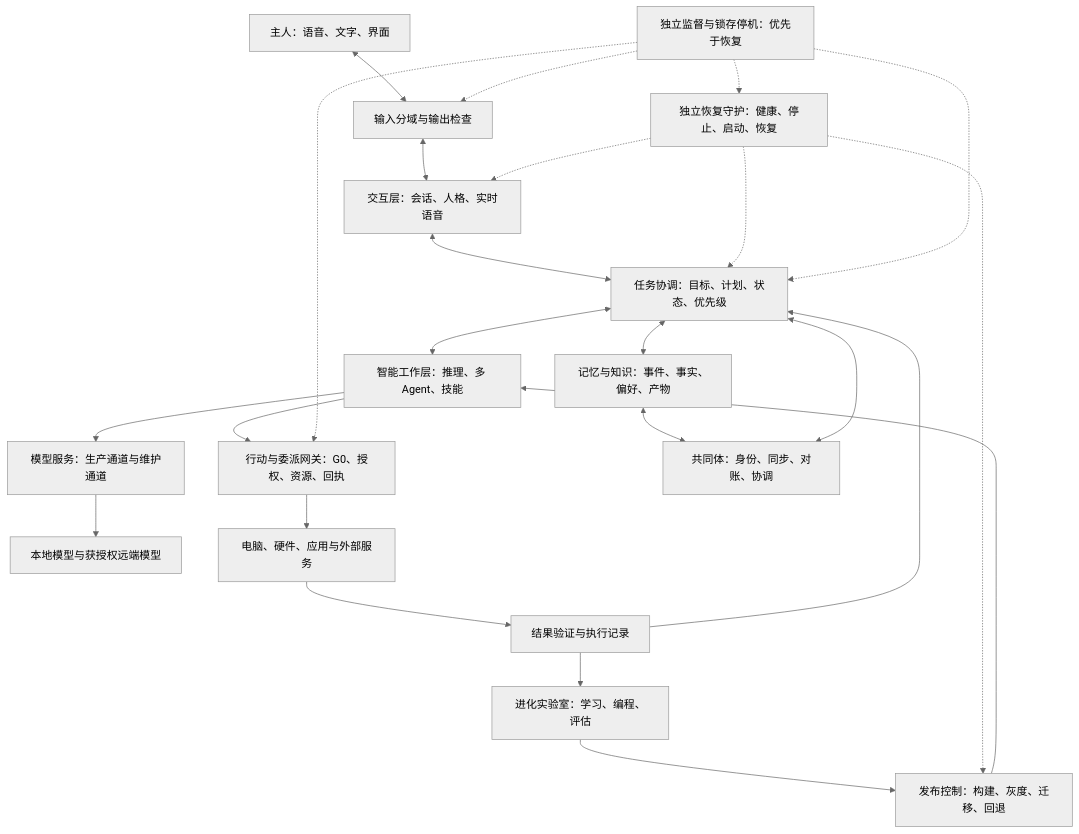
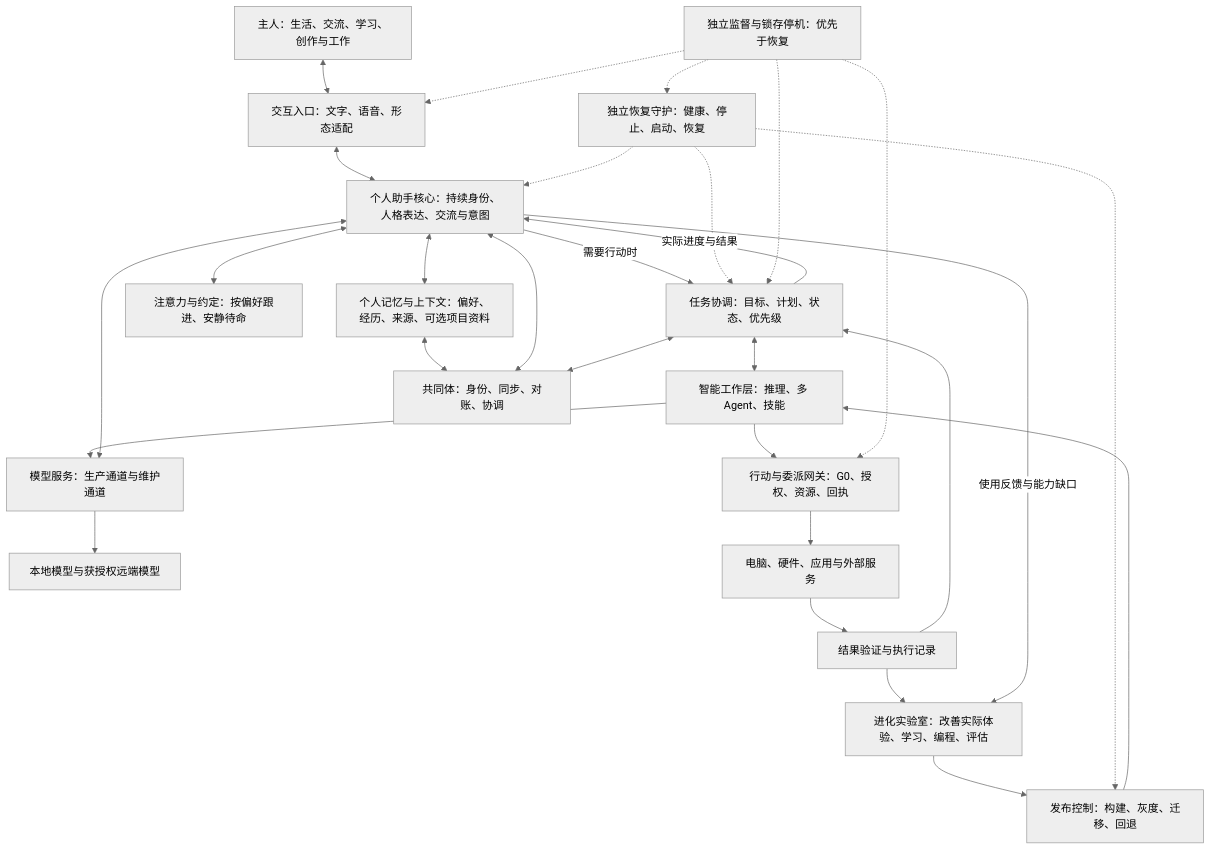
One commit to Samuel521199/JarvisSystem changed the diagram in docs/diagrams/overview.mmd. Above: the diagram before and after it, drawn with Mermaid (neutral theme). The commit also changed 693 other files, not shown here.

```diff
--- a/docs/diagrams/overview.mmd
+++ b/docs/diagrams/overview.mmd
@@ -1,24 +1,29 @@
 flowchart TD
-    U["主人：语音、文字、界面"] <--> Q["输入分域与输出检查"]
-    Q <--> I["交互层：会话、人格、实时语音"]
-    I <--> O["任务协调：目标、计划、状态、优先级"]
-    O <--> M["记忆与知识：事件、事实、偏好、产物"]
+    U["主人：生活、交流、学习、创作与工作"] <--> Q["交互入口：文字、语音、形态适配"]
+    Q <--> I["个人助手核心：持续身份、人格表达、交流与意图"]
+    I <--> M["个人记忆与上下文：偏好、经历、来源、可选项目资料"]
+    I <--> T["注意力与约定：按偏好跟进、安静待命"]
+    I -->|"需要行动时"| O["任务协调：目标、计划、状态、优先级"]
+    O -->|"实际进度与结果"| I
     O <--> A["智能工作层：推理、多 Agent、技能"]
     A --> R["模型服务：生产通道与维护通道"]
+    I <--> R
     R --> L["本地模型与获授权远端模型"]
     A --> G["行动与委派网关：G0、授权、资源、回执"]
     G --> D["电脑、硬件、应用与外部服务"]
     D --> V["结果验证与执行记录"]
     V --> O
     M <--> F["共同体：身份、同步、对账、协调"]
+    I <--> F
     O <--> F
-    V --> E["进化实验室：学习、编程、评估"]
+    V --> E["进化实验室：改善实际体验、学习、编程、评估"]
+    I -->|"使用反馈与能力缺口"| E
     E --> P["发布控制：构建、灰度、迁移、回退"]
     P --> A
     S["独立恢复守护：健康、停止、启动、恢复"] -.-> I
     S -.-> O
     S -.-> P
     H["独立监督与锁存停机：优先于恢复"] -.-> S
     H -.-> G
     H -.-> Q
     H -.-> O
```
